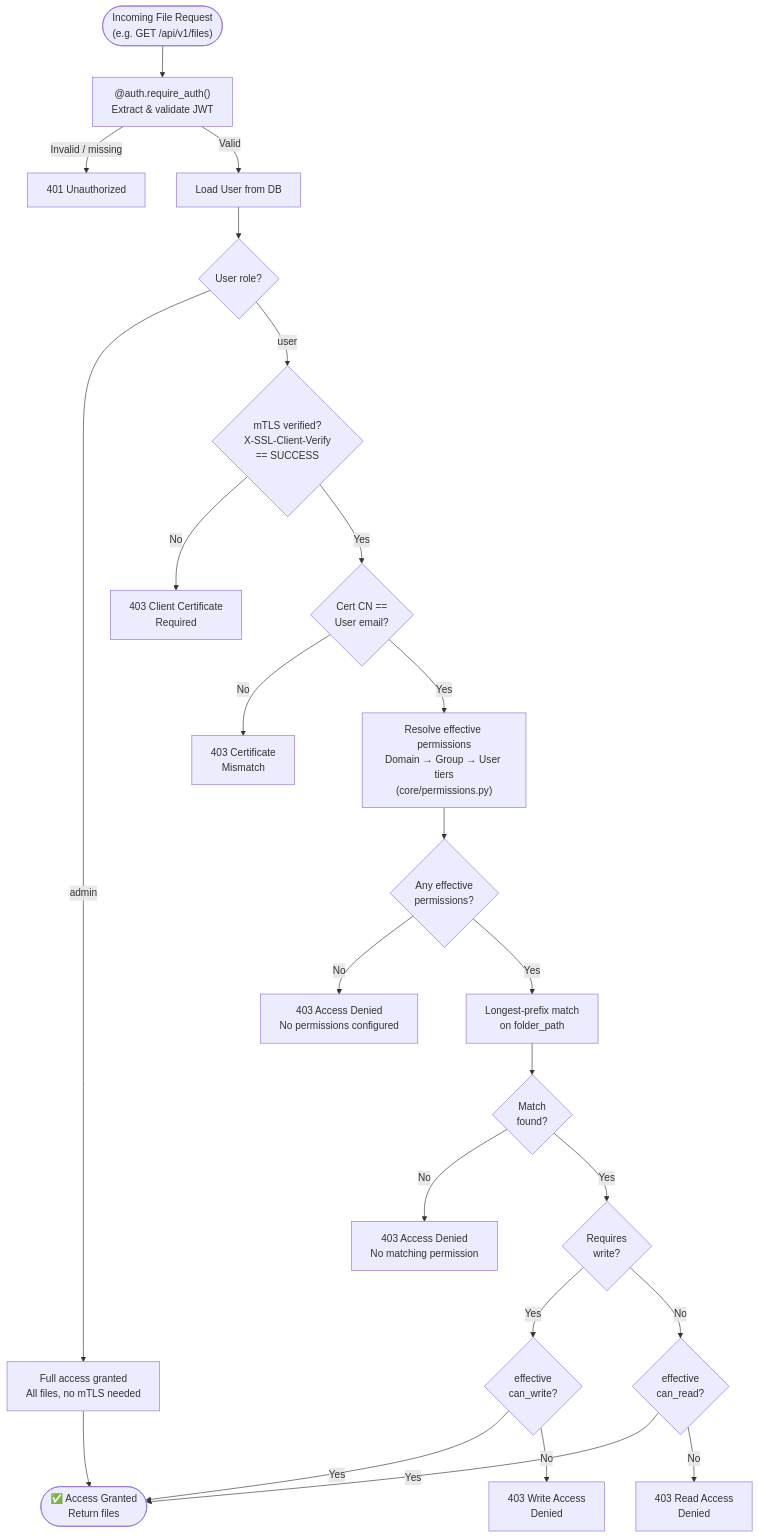
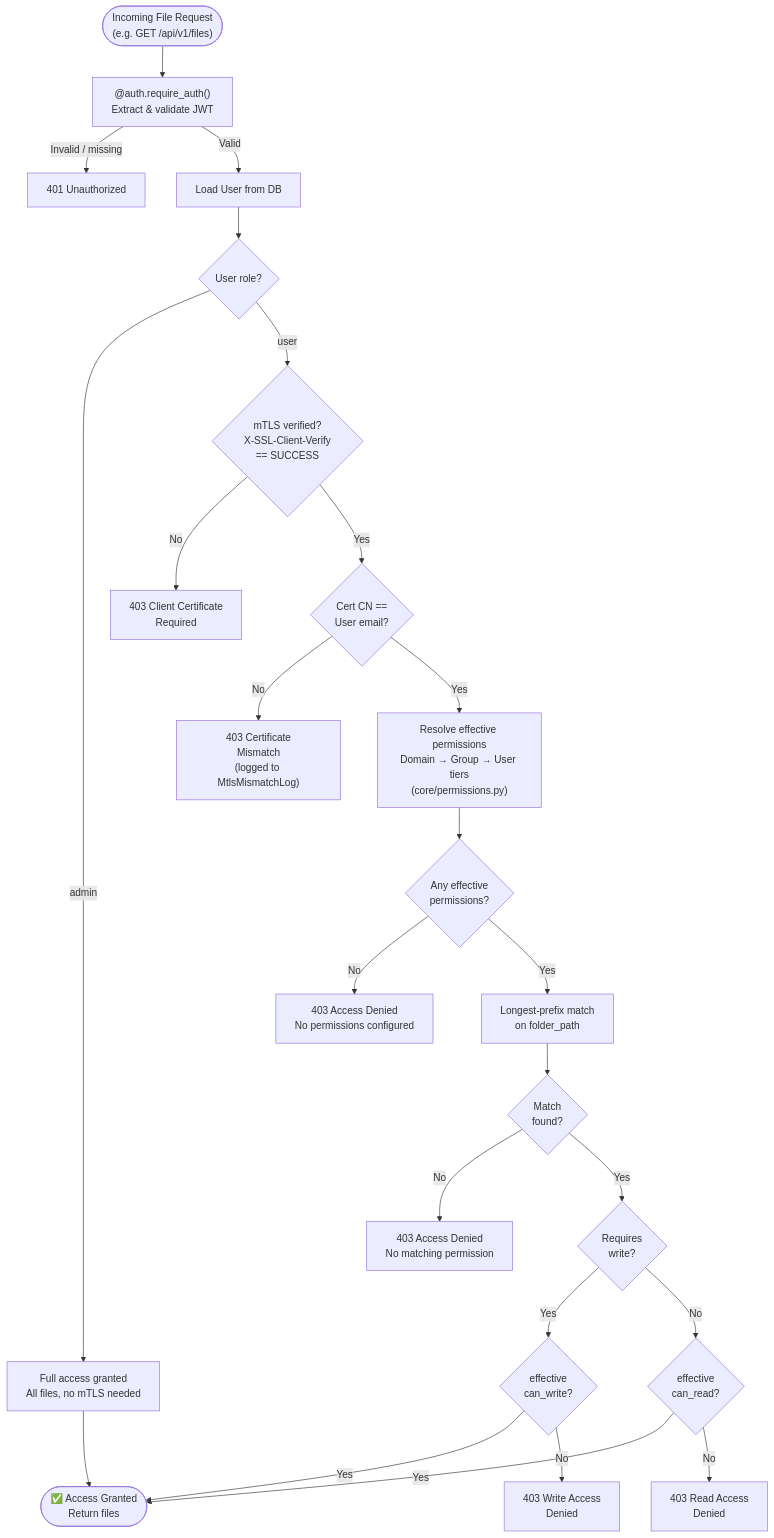
One commit to andreas-04/thumbs-up changed the diagram in docs/diagrams/06-file-access-control.mmd. Above: the diagram before and after it, drawn with Mermaid. The commit also changed 9 other files, not shown here.

Commit message:
docs: Update architecture and diagrams for new log collector and cert revokation features

```diff
--- a/docs/diagrams/06-file-access-control.mmd
+++ b/docs/diagrams/06-file-access-control.mmd
@@ -1,59 +1,59 @@
 flowchart TD
     Start(["Incoming File Request<br/>(e.g. GET /api/v1/files)"])
     AuthCheck["@auth.require_auth()<br/>Extract & validate JWT"]
     AuthFail["401 Unauthorized"]
     GetUser["Load User from DB"]
     CheckRole{User role?}
 
     %% Admin path
     AdminAccess["Full access granted<br/>All files, no mTLS needed"]
 
     %% User path
     CheckmTLS{mTLS verified?<br/>X-SSL-Client-Verify<br/>== SUCCESS}
     DenyCert["403 Client Certificate<br/>Required"]
     CheckCN{Cert CN ==<br/>User email?}
-    DenyMismatch["403 Certificate<br/>Mismatch"]
+    DenyMismatch["403 Certificate<br/>Mismatch<br/>(logged to MtlsMismatchLog)"]
 
     %% Layered ACL check
     ResolvePerms["Resolve effective permissions<br/>Domain → Group → User tiers<br/>(core/permissions.py)"]
     HasPerms{Any effective<br/>permissions?}
     DenyNoPerms["403 Access Denied<br/>No permissions configured"]
     FindMatch["Longest-prefix match<br/>on folder_path"]
     HasMatch{Match<br/>found?}
     DenyACL["403 Access Denied<br/>No matching permission"]
     CheckReadWrite{Requires<br/>write?}
     CheckWritePerm{effective<br/>can_write?}
     CheckReadPerm{effective<br/>can_read?}
     DenyWrite["403 Write Access<br/>Denied"]
     DenyRead["403 Read Access<br/>Denied"]
     GrantAccess(["✅ Access Granted<br/>Return files"])
 
     Start --> AuthCheck
     AuthCheck -->|Invalid / missing| AuthFail
     AuthCheck -->|Valid| GetUser --> CheckRole
 
     CheckRole -->|admin| AdminAccess
     CheckRole -->|user| CheckmTLS
 
     CheckmTLS -->|No| DenyCert
     CheckmTLS -->|Yes| CheckCN
 
     CheckCN -->|No| DenyMismatch
     CheckCN -->|Yes| ResolvePerms
 
     ResolvePerms --> HasPerms
     HasPerms -->|No| DenyNoPerms
     HasPerms -->|Yes| FindMatch --> HasMatch
     HasMatch -->|No| DenyACL
     HasMatch -->|Yes| CheckReadWrite
 
     CheckReadWrite -->|Yes| CheckWritePerm
     CheckReadWrite -->|No| CheckReadPerm
 
     CheckWritePerm -->|Yes| GrantAccess
     CheckWritePerm -->|No| DenyWrite
 
     CheckReadPerm -->|Yes| GrantAccess
     CheckReadPerm -->|No| DenyRead
 
     AdminAccess --> GrantAccess
```
